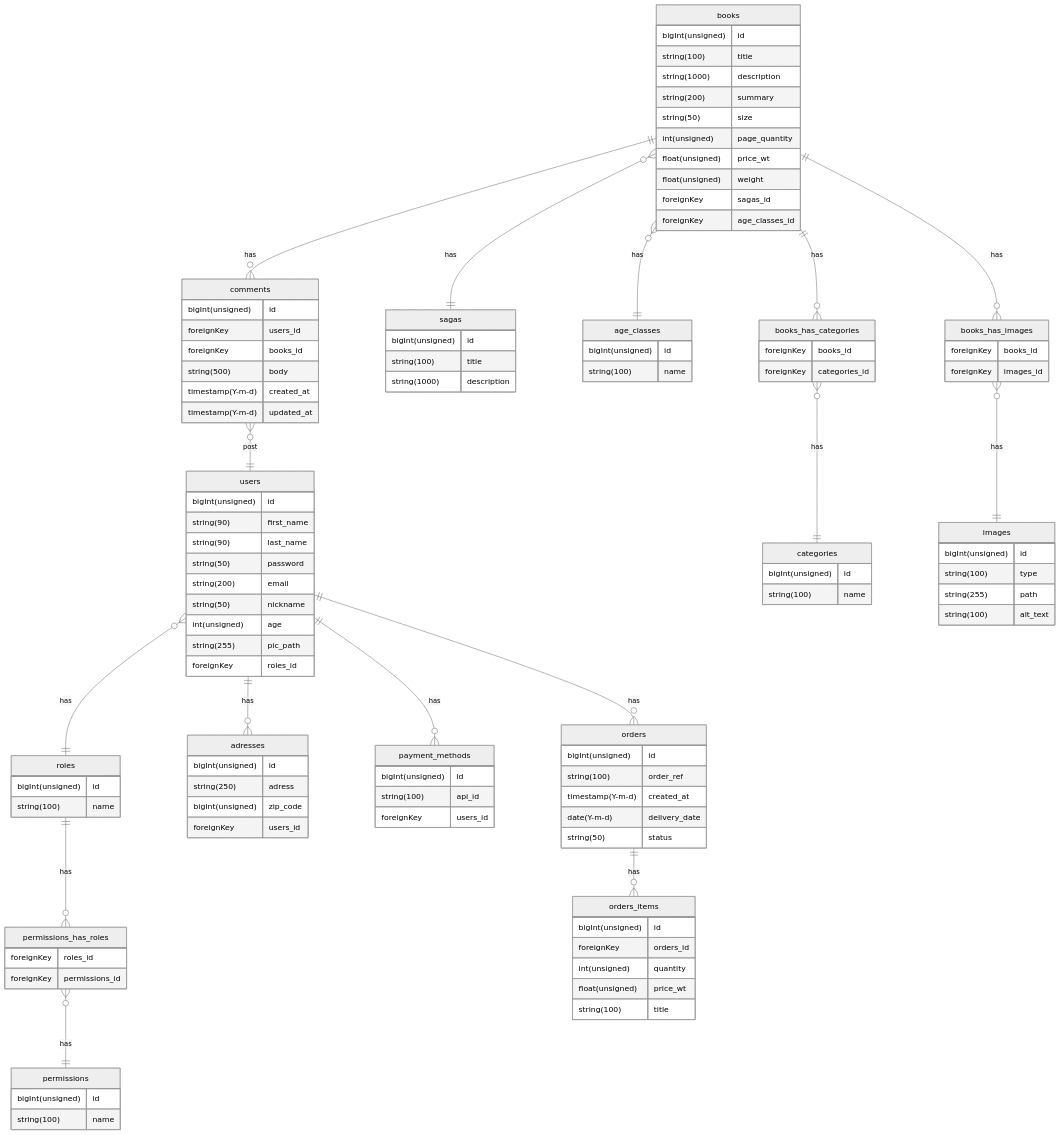
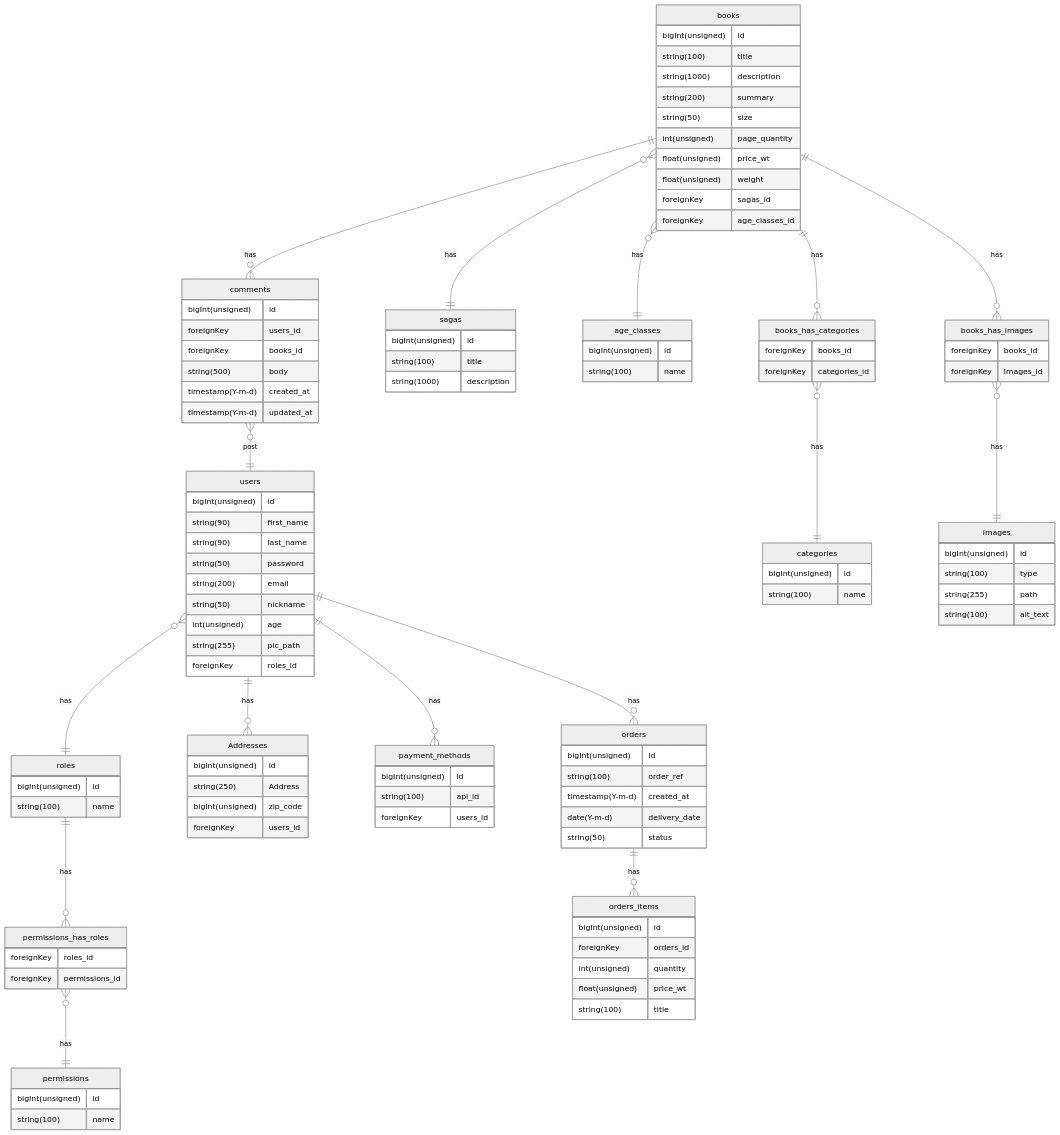
Before and after one commit to charlyol/ECommerce-SCHA: the diagram in doc/dbDiagram.md, drawn with Mermaid (neutral theme). The commit also changed 6 other files, not shown here.

```diff
--- a/doc/dbDiagram.md
+++ b/doc/dbDiagram.md
@@ -4,7 +4,7 @@
 users }o--|| roles : "has"
 roles ||--o{ permissions_has_roles : "has"
 permissions_has_roles }o--|| permissions : "has"
-users ||--o{ adresses: "has"
+users ||--o{ Addresses: "has"
 users ||--o{ payment_methods :  "has"
 users ||--o{ orders : "has"
 comments }o--|| users : "post"
@@ -40,9 +40,9 @@
 string(255) pic_path
 foreignKey roles_id
 }
-adresses {
+Addresses {
 bigInt(unsigned) id
-string(250) adress
+string(250) Address
 bigInt(unsigned) zip_code
 foreignKey users_id
 }
```
